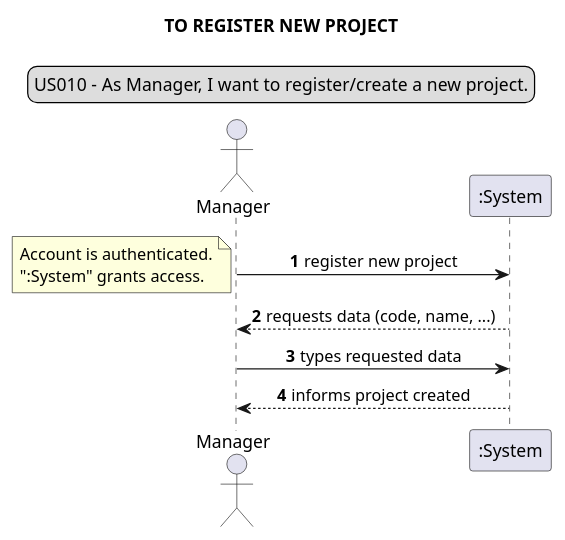
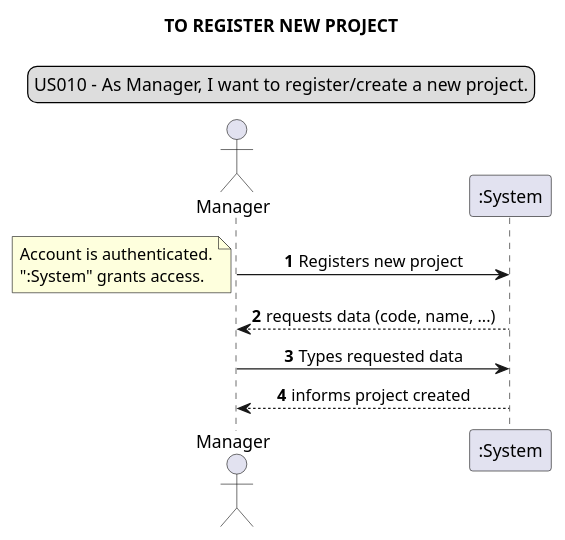
One commit to Loracline/project_switch_22-23 changed the tenth of 35 diagrams in docs/requirements_gathering/system_sequence_diagrams/systemSequenceDiagram.puml. Above: the diagram before and after it, drawn with PlantUML. The commit also changed other lines of this file and 7 other files, not shown here.

```diff
--- a/docs/requirements_gathering/system_sequence_diagrams/systemSequenceDiagram.puml
+++ b/docs/requirements_gathering/system_sequence_diagrams/systemSequenceDiagram.puml
@@ -141,18 +170,17 @@
 @startuml
 skinparam sequenceMessageAlign center
 title TO REGISTER NEW PROJECT
 legend top
 US010 - As Manager, I want to register/create a new project.
 end legend
 autonumber
-
 actor "Manager"
-"Manager" -> ":System": register new project
+"Manager" -> ":System": Registers new project
 note left
 Account is authenticated.
 ":System" grants access.
 end note
 "Manager" <-- ":System": requests data (code, name, ...)
-"Manager" -> ":System":  types requested data
+"Manager" -> ":System":  Types requested data
 "Manager" <-- ":System": informs project created
 @enduml
```
